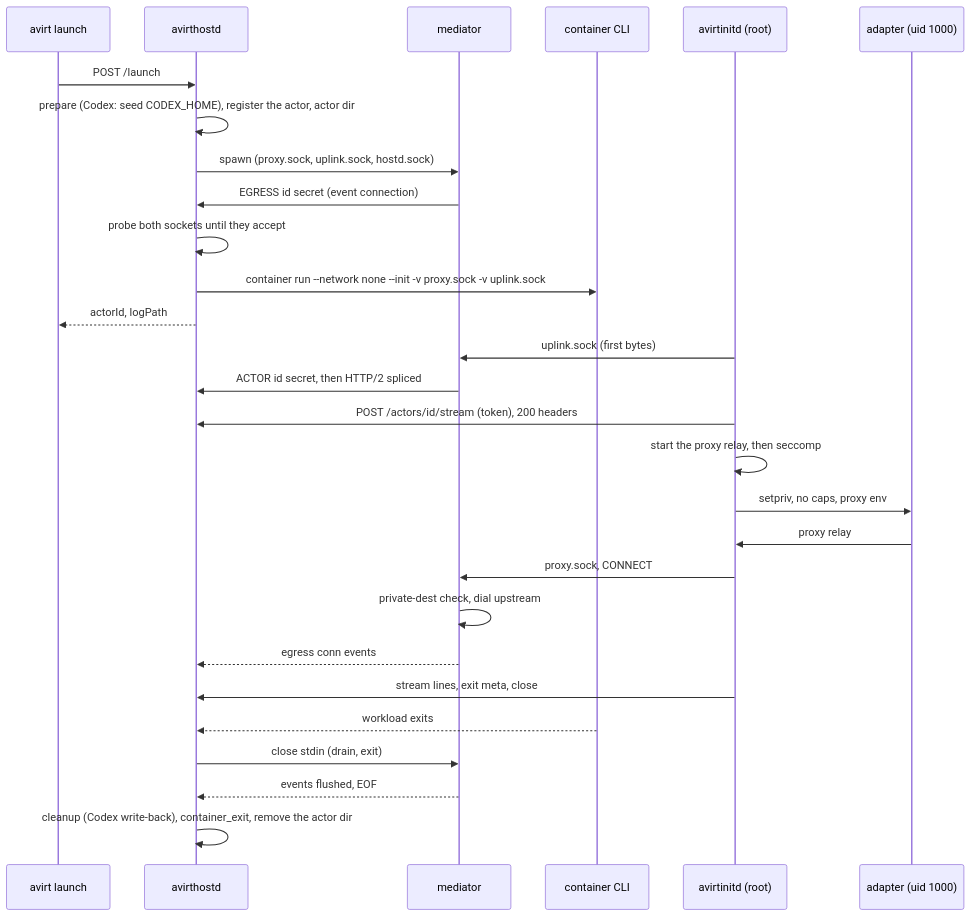
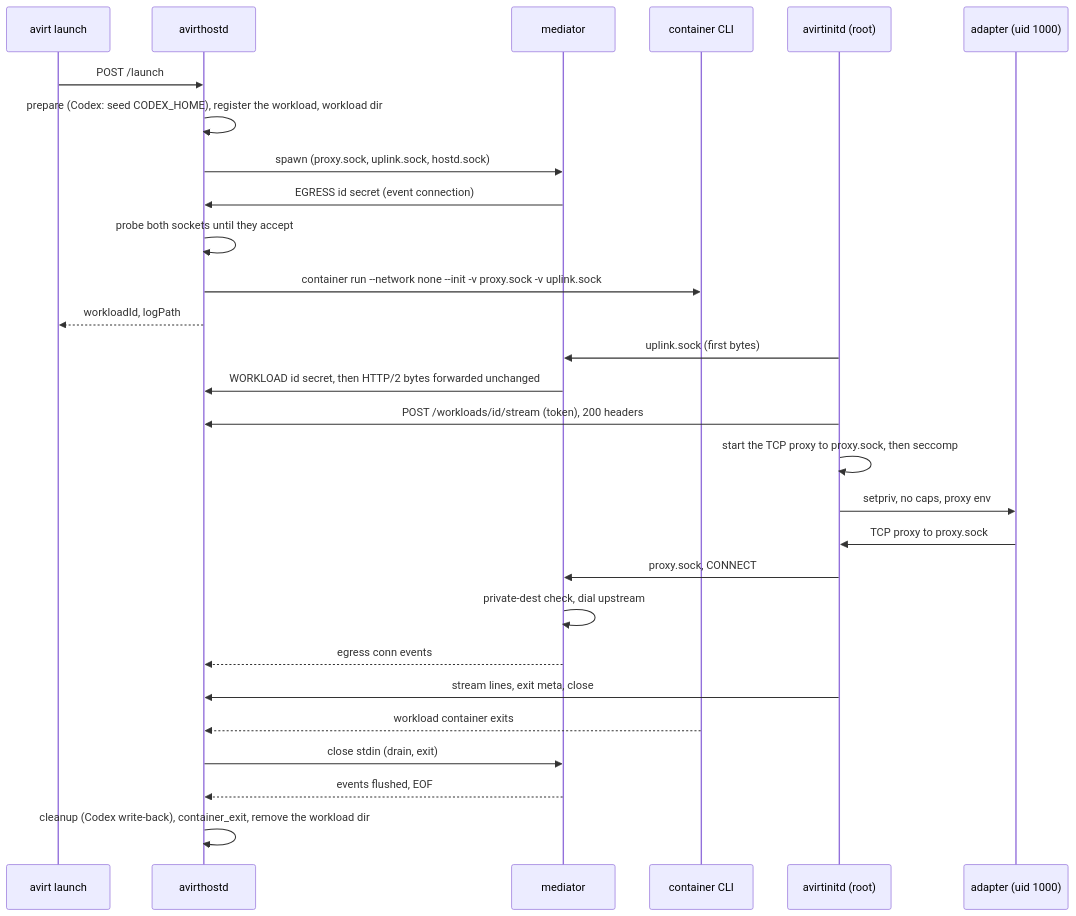
Before and after one commit to tbhb-dev/avirt: the diagram in docs/lifecycle.md, drawn with Mermaid. The commit also changed other lines of this file and 61 other files, not shown here.

First line of the commit message:
docs: design the avirt component architecture

````diff
--- a/docs/lifecycle.md
+++ b/docs/lifecycle.md
@@ -14,30 +14,30 @@
 ```mermaid
 sequenceDiagram
     participant CLI as avirt launch
     participant C as avirthostd
     participant S as mediator
     participant K as container CLI
     participant R as avirtinitd (root)
     participant A as adapter (uid 1000)
     CLI->>C: POST /launch
-    C->>C: prepare (Codex: seed CODEX_HOME), register the actor, actor dir
+    C->>C: prepare (Codex: seed CODEX_HOME), register the workload, workload dir
     C->>S: spawn (proxy.sock, uplink.sock, hostd.sock)
     S->>C: EGRESS id secret (event connection)
     C->>C: probe both sockets until they accept
     C->>K: container run --network none --init -v proxy.sock -v uplink.sock
-    C-->>CLI: actorId, logPath
+    C-->>CLI: workloadId, logPath
     R->>S: uplink.sock (first bytes)
-    S->>C: ACTOR id secret, then HTTP/2 spliced
-    R->>C: POST /actors/id/stream (token), 200 headers
-    R->>R: start the proxy relay, then seccomp
+    S->>C: WORKLOAD id secret, then HTTP/2 bytes forwarded unchanged
+    R->>C: POST /workloads/id/stream (token), 200 headers
+    R->>R: start the TCP proxy to proxy.sock, then seccomp
     R->>A: setpriv, no caps, proxy env
-    A->>R: proxy relay
+    A->>R: TCP proxy to proxy.sock
     R->>S: proxy.sock, CONNECT
     S->>S: private-dest check, dial upstream
     S-->>C: egress conn events
     R->>C: stream lines, exit meta, close
-    K-->>C: workload exits
+    K-->>C: workload container exits
     C->>S: close stdin (drain, exit)
     S-->>C: events flushed, EOF
-    C->>C: cleanup (Codex write-back), container_exit, remove the actor dir
+    C->>C: cleanup (Codex write-back), container_exit, remove the workload dir
 ```
````
